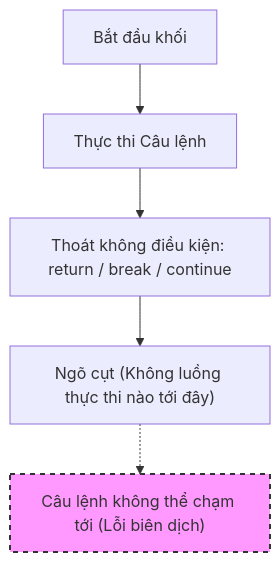
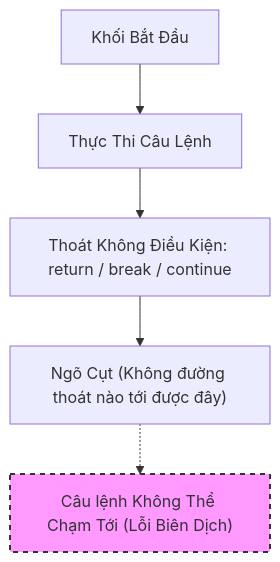
One commit to PhuThien2005/theoretical-of-java-core changed the second of 2 diagrams in vi/06-control-flow/theory/03-break-continue-return.md. Above: the diagram before and after it, drawn with Mermaid. The commit also changed other lines of this file and 229 other files, not shown here.

````diff
--- a/vi/06-control-flow/theory/03-break-continue-return.md
+++ b/vi/06-control-flow/theory/03-break-continue-return.md
@@ -192,8 +186,8 @@
 ```mermaid
 graph TD
-    start["Bắt đầu khối"] --> action["Thực thi Câu lệnh"]
-    action --> exit["Thoát không điều kiện: return / break / continue"]
-    exit --> dead_end["Ngõ cụt (Không luồng thực thi nào tới đây)"]
-    dead_end -.-> unreachable["Câu lệnh không thể chạm tới (Lỗi biên dịch)"]
+    start["Khối Bắt Đầu"] --> action["Thực Thi Câu Lệnh"]
+    action --> exit["Thoát Không Điều Kiện: return / break / continue"]
+    exit --> dead_end["Ngõ Cụt (Không đường thoát nào tới được đây)"]
+    dead_end -.-> unreachable["Câu lệnh Không Thể Chạm Tới (Lỗi Biên Dịch)"]
     style unreachable fill:#f9f,stroke:#333,stroke-width:2px,stroke-dasharray: 5 5
 ```
````
